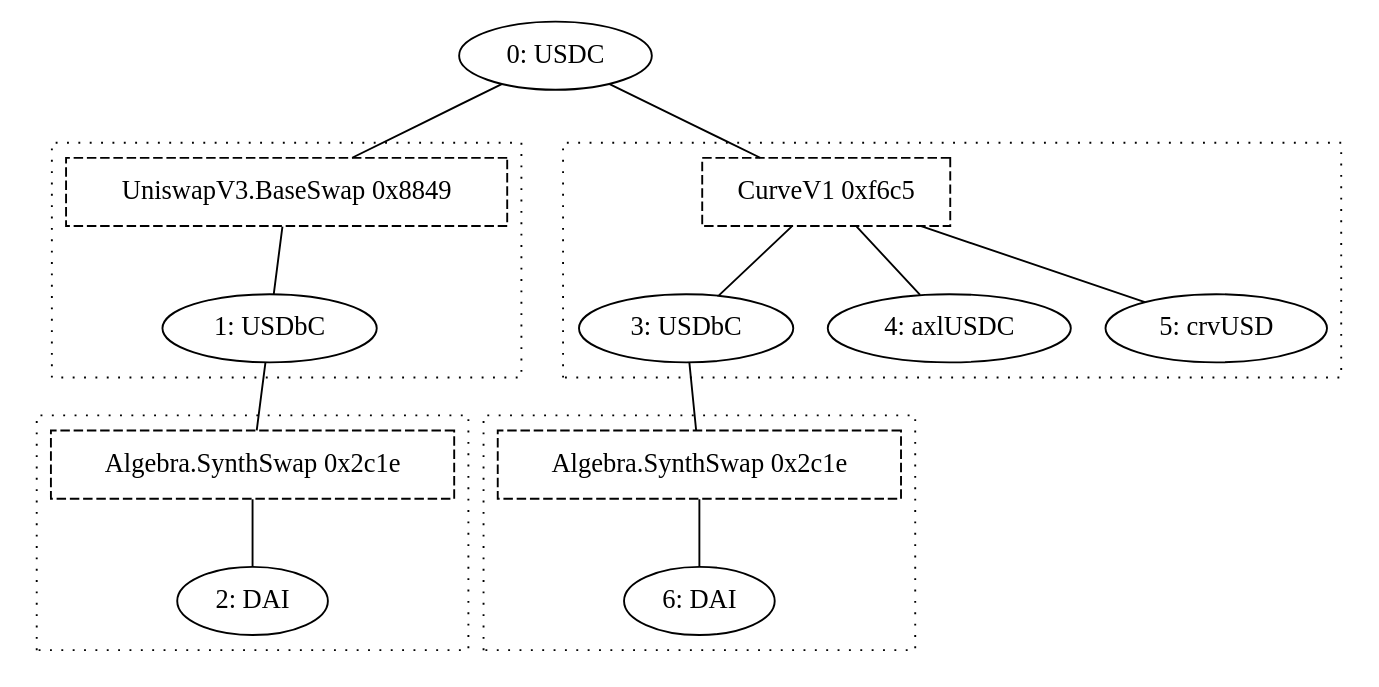
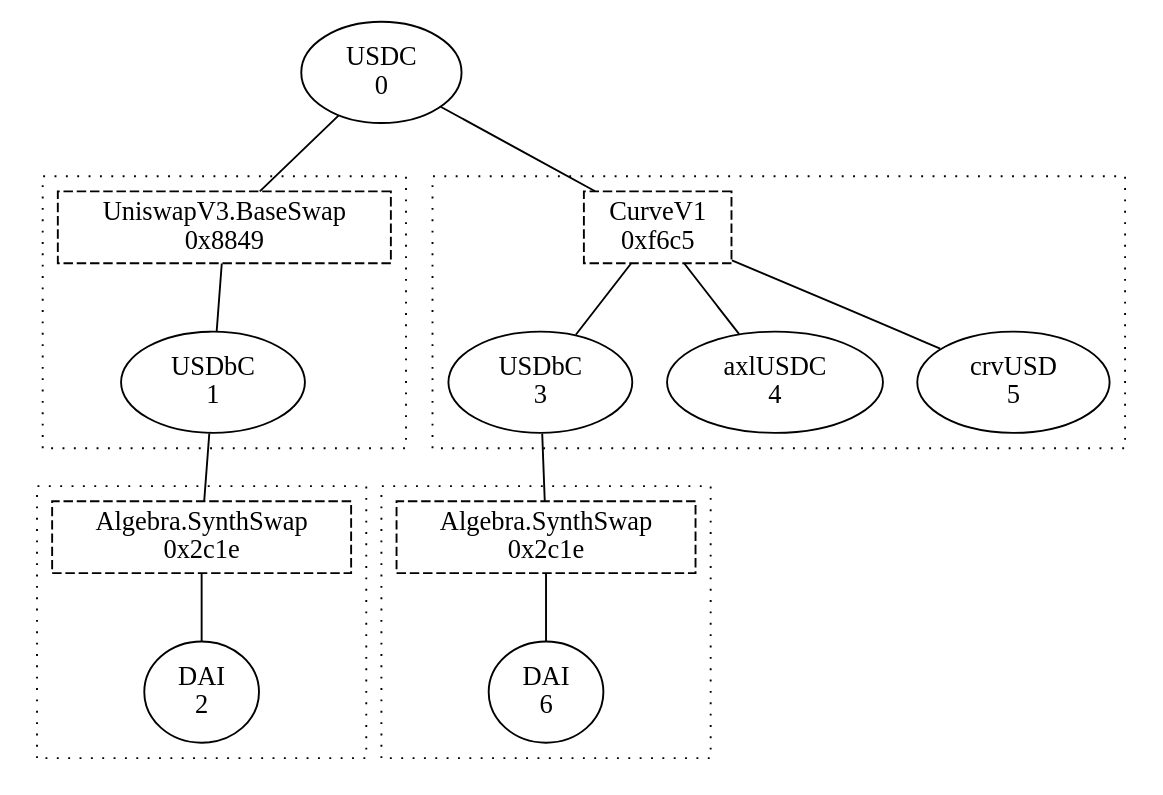
The diagram in script/configs/base/LinkedPool.CCTP.USDC.dot (synapsecns/synapse-contracts), drawn with Graphviz before and after one commit. The commit also changed 51 other files, not shown here.

```diff
--- a/script/configs/base/LinkedPool.CCTP.USDC.dot
+++ b/script/configs/base/LinkedPool.CCTP.USDC.dot
@@ -1,56 +1,56 @@
 graph G {
-    token0 [label = "0: USDC";];
-    token1 [label = "1: USDbC";];
-    token2 [label = "2: DAI";];
-    token3 [label = "3: USDbC";];
-    token4 [label = "4: axlUSDC";];
-    token5 [label = "5: crvUSD";];
-    token6 [label = "6: DAI";];
-    pool0 [label = "UniswapV3.BaseSwap 0x8849";shape = rect;style = dashed;];
+    token0 [label = "USDC\n0";];
+    token1 [label = "USDbC\n1";];
+    token2 [label = "DAI\n2";];
+    token3 [label = "USDbC\n3";];
+    token4 [label = "axlUSDC\n4";];
+    token5 [label = "crvUSD\n5";];
+    token6 [label = "DAI\n6";];
+    pool0 [label = "UniswapV3.BaseSwap\n0x8849";shape = rect;style = dashed;];
     token0 -- pool0;
     subgraph cluster0 {
         style = dotted;
         pool0 -- token1;
         subgraph {
             rank = same;
             edge [style = invis;];
             token1;
         }
     }
-    pool1 [label = "Algebra.SynthSwap 0x2c1e";shape = rect;style = dashed;];
+    pool1 [label = "Algebra.SynthSwap\n0x2c1e";shape = rect;style = dashed;];
     token1 -- pool1;
     subgraph cluster1 {
         style = dotted;
         pool1 -- token2;
         subgraph {
             rank = same;
             edge [style = invis;];
             token2;
         }
     }
-    pool2 [label = "CurveV1 0xf6c5";shape = rect;style = dashed;];
+    pool2 [label = "CurveV1\n0xf6c5";shape = rect;style = dashed;];
     token0 -- pool2;
     subgraph cluster2 {
         style = dotted;
         pool2 -- token3;
         pool2 -- token4;
         pool2 -- token5;
         subgraph {
             rank = same;
             edge [style = invis;];
             token3 -- token4;
             token4 -- token5;
         }
     }
-    pool3 [label = "Algebra.SynthSwap 0x2c1e";shape = rect;style = dashed;];
+    pool3 [label = "Algebra.SynthSwap\n0x2c1e";shape = rect;style = dashed;];
     token3 -- pool3;
     subgraph cluster3 {
         style = dotted;
         pool3 -- token6;
         subgraph {
             rank = same;
             edge [style = invis;];
             token6;
         }
     }
 }
```
